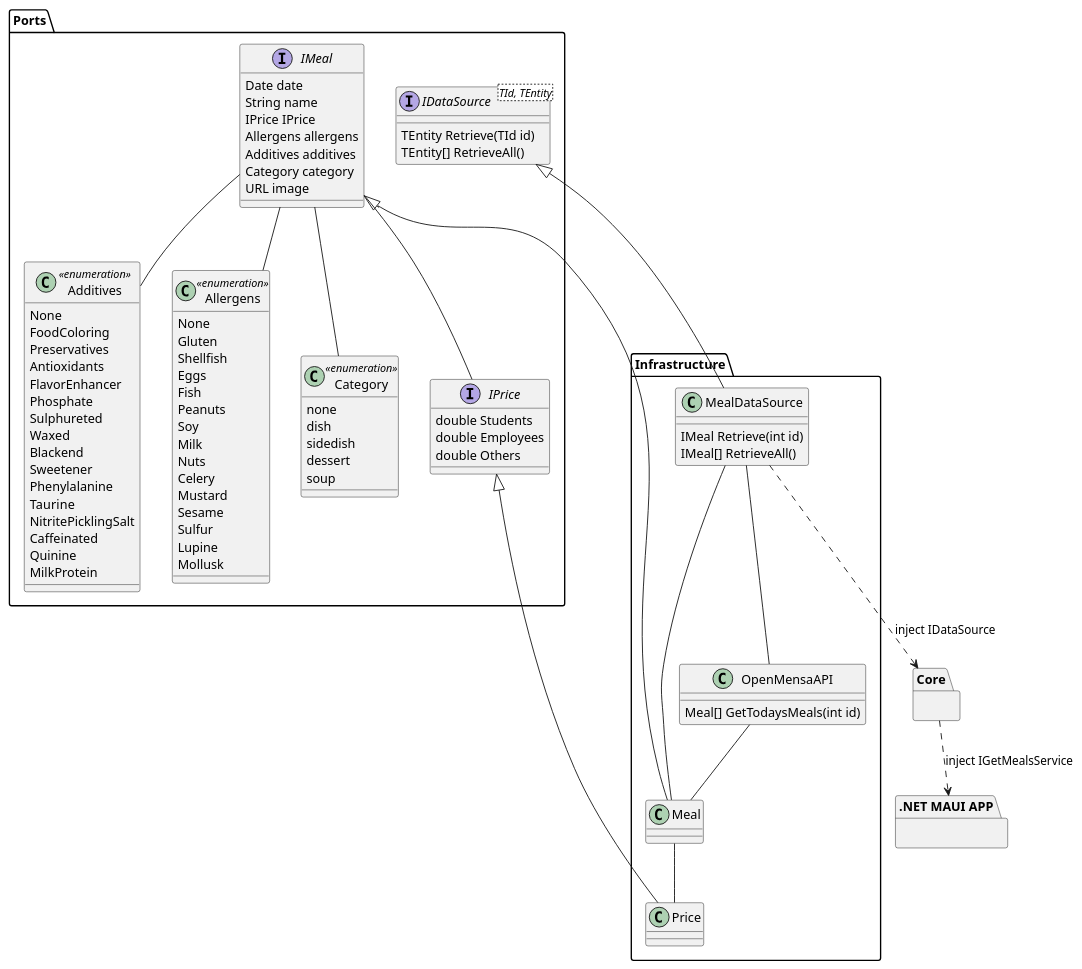
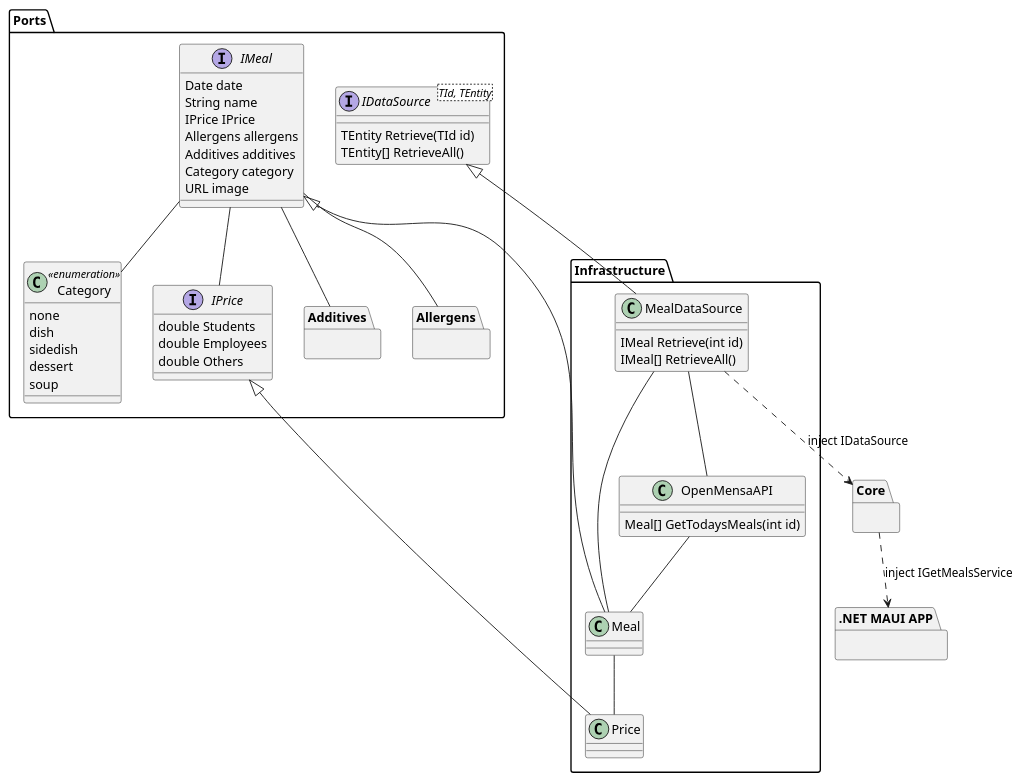
One commit to RobinNunkesser/plantuml changed the diagram in BausteineMensaA.pu. Above: the diagram before and after it, drawn with PlantUML. The commit also changed 4 other files, not shown here.

```diff
--- a/BausteineMensaA.pu
+++ b/BausteineMensaA.pu
@@ -1,115 +1,85 @@
 @startuml
 
 package ".NET MAUI APP" as App {
 
 }
 package Core {
 
 }
 
 package Ports {
 		interface IDataSource<TId, TEntity> {
 		TEntity Retrieve(TId id)
 		TEntity[] RetrieveAll()
 	}
 
-	class Additives << enumeration >> {
-        None
-        FoodColoring
-        Preservatives
-        Antioxidants
-        FlavorEnhancer
-        Phosphate
-        Sulphureted
-        Waxed
-        Blackend
-        Sweetener
-        Phenylalanine
-        Taurine
-        NitritePicklingSalt
-        Caffeinated
-        Quinine
-        MilkProtein
+	package Additives  {
 	}
 
-	class Allergens << enumeration >> {
-        None
-        Gluten
-        Shellfish
-        Eggs
-        Fish
-        Peanuts
-        Soy
-        Milk
-        Nuts
-        Celery
-        Mustard
-        Sesame
-        Sulfur
-        Lupine
-        Mollusk
+	package Allergens  {
+
     }
 
 	class Category << enumeration >> {
 		none
 		dish
 		sidedish
 		dessert
 		soup
 	}
 
 	interface IMeal {
 		{field} Date date
 		{field} String name
 		{field} IPrice IPrice
 		{field} Allergens allergens
 		{field} Additives additives
 		{field} Category category
 		{field} URL image		
 	}
 
 	interface IPrice {
 		double Students
 		double Employees
 		double Others
 	}
 
 
 }
 
 package Infrastructure {
         class MealDataSource {
         IMeal Retrieve(int id)
         IMeal[] RetrieveAll()        
         }
 
         class Meal {}
 
         class Price {}
 
         class OpenMensaAPI {
                 Meal[] GetTodaysMeals(int id)
 
         }
 
 }
 
 
 IMeal -- Category
 IMeal -- Allergens
 IMeal -- Additives
 IMeal -- IPrice
 IDataSource <|-- MealDataSource
 IMeal <|-- Meal
 IPrice <|-- Price
 Meal -- Price
 MealDataSource -- Meal
 'IGetMealsService -- MensaView 
 'IDataSource -- GetMealsService
 'GetMealsService -- IDataSource
 MealDataSource -- OpenMensaAPI
 OpenMensaAPI -- Meal
 MealDataSource ..> Core : inject IDataSource
 Core ..> App : inject IGetMealsService
 
 @enduml
```
